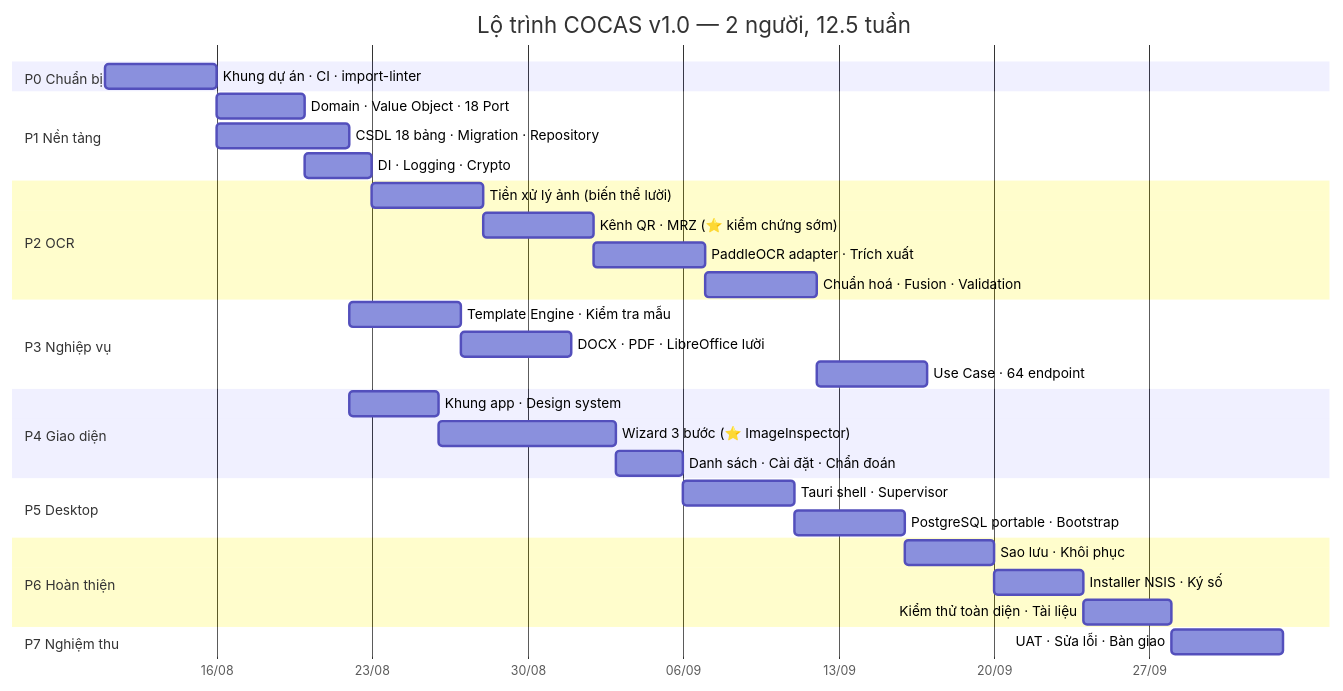
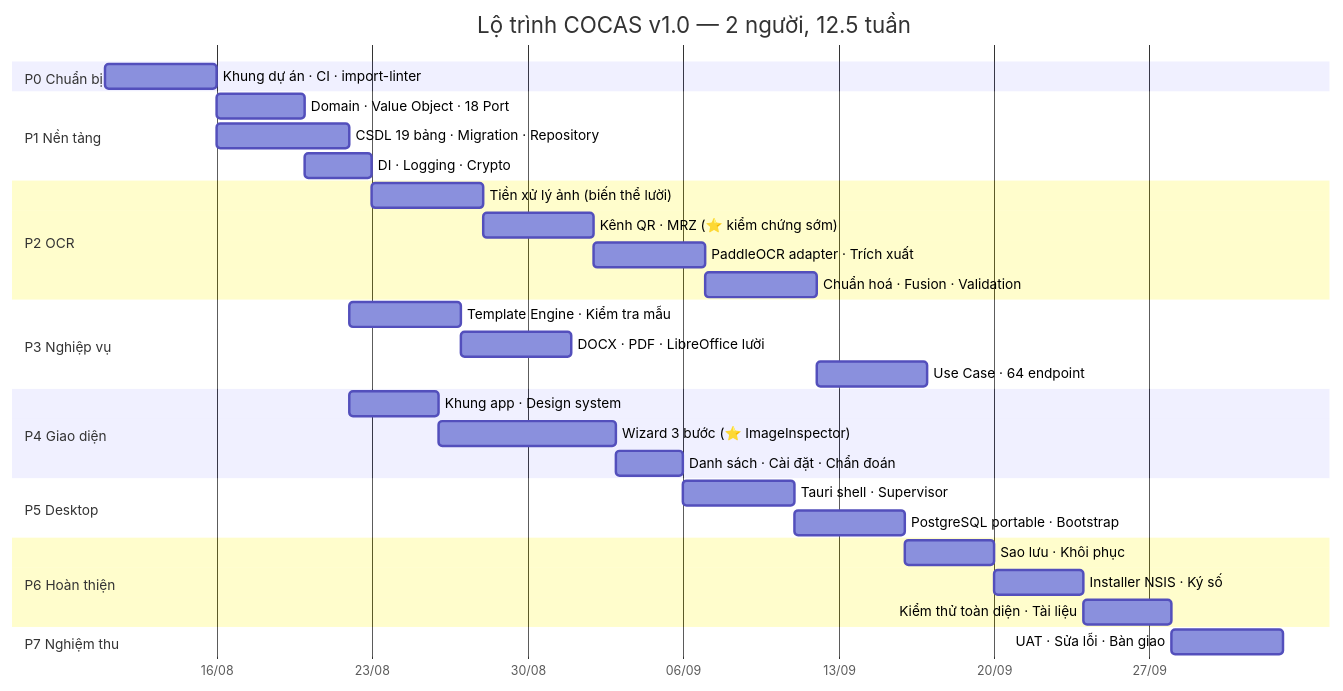
One commit to Dezz3z/CCCD_OCR_NEW changed the diagram in docs/design/14-roadmap-va-tuong-lai.md. Above: the diagram before and after it, drawn with Mermaid. The commit also changed other lines of this file and 172 other files, not shown here.

First line of the commit message:
P1 — Nền tảng: Domain đầy đủ, CSDL 19 bảng, Crypto, Logging, Composition Root, PyInstaller trial

````diff
--- a/docs/design/14-roadmap-va-tuong-lai.md
+++ b/docs/design/14-roadmap-va-tuong-lai.md
@@ -25,42 +25,42 @@
 ```mermaid
 gantt
     title Lộ trình COCAS v1.0 — 2 người, 12.5 tuần
     dateFormat YYYY-MM-DD
     axisFormat %d/%m
 
     section P0 Chuẩn bị
     Khung dự án · CI · import-linter      :p0, 2026-08-11, 5d
 
     section P1 Nền tảng
     Domain · Value Object · 18 Port       :p1a, after p0, 4d
-    CSDL 18 bảng · Migration · Repository :p1b, after p0, 6d
+    CSDL 19 bảng · Migration · Repository :p1b, after p0, 6d
     DI · Logging · Crypto                 :p1c, after p1a, 3d
 
     section P2 OCR
     Tiền xử lý ảnh (biến thể lười)        :p2a, after p1c, 5d
     Kênh QR · MRZ (⭐ kiểm chứng sớm)      :p2b, after p2a, 5d
     PaddleOCR adapter · Trích xuất        :p2c, after p2b, 5d
     Chuẩn hoá · Fusion · Validation       :p2d, after p2c, 5d
 
     section P3 Nghiệp vụ
     Template Engine · Kiểm tra mẫu        :p3a, after p1b, 5d
     DOCX · PDF · LibreOffice lười         :p3b, after p3a, 5d
     Use Case · 64 endpoint                :p3c, after p2d, 5d
 
     section P4 Giao diện
     Khung app · Design system             :p4a, after p1b, 4d
     Wizard 3 bước (⭐ ImageInspector)      :p4b, after p4a, 8d
     Danh sách · Cài đặt · Chẩn đoán       :p4c, after p4b, 3d
 
     section P5 Desktop
     Tauri shell · Supervisor              :p5a, after p4c, 5d
     PostgreSQL portable · Bootstrap       :p5b, after p5a, 5d
 
     section P6 Hoàn thiện
     Sao lưu · Khôi phục                   :p6a, after p5b, 4d
     Installer NSIS · Ký số                :p6b, after p6a, 4d
     Kiểm thử toàn diện · Tài liệu         :p6c, after p6b, 4d
 
     section P7 Nghiệm thu
     UAT · Sửa lỗi · Bàn giao              :p7, after p6c, 5d
 ```
````
